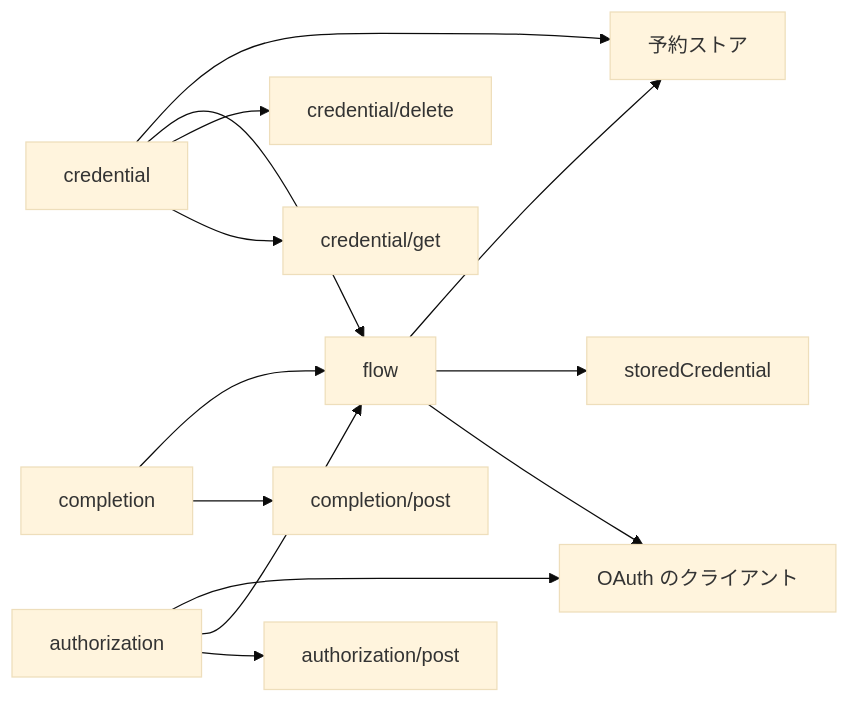
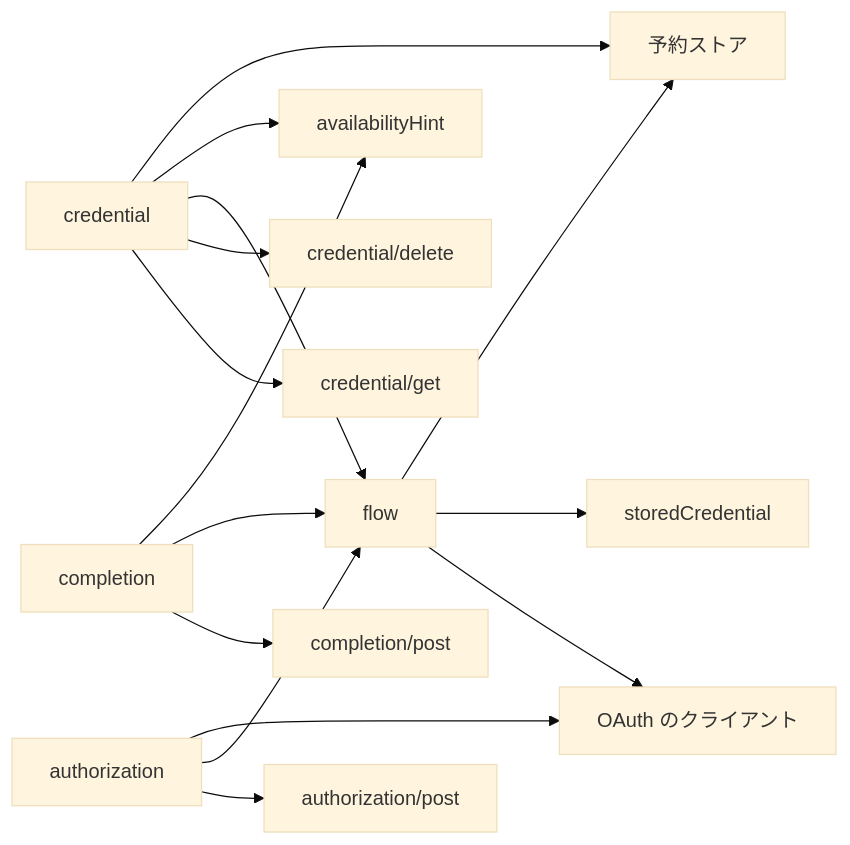
The second of 3 diagrams in specs/schedule-api/design.md (nekono-dev/skyshare), drawn with Mermaid (base theme) before and after one commit. The commit also changed other lines of this file and 36 other files, not shown here.

````diff
--- a/specs/schedule-api/design.md
+++ b/specs/schedule-api/design.md
@@ -65,15 +66,17 @@
 ```mermaid
 flowchart LR
   credential --> credentialGet["credential/get"]
   credential --> credentialDelete["credential/delete"]
   credential --> flow
+  credential --> availabilityHint
   credential --> ext_store["予約ストア"]
   authorization --> authorizationPost["authorization/post"]
   authorization --> flow
   completion --> completionPost["completion/post"]
   completion --> flow
+  completion --> availabilityHint
   authorization --> ext_oauth["OAuth のクライアント"]
   flow --> ext_oauth
   flow --> storedCredential
   flow --> ext_store
 ```
````
